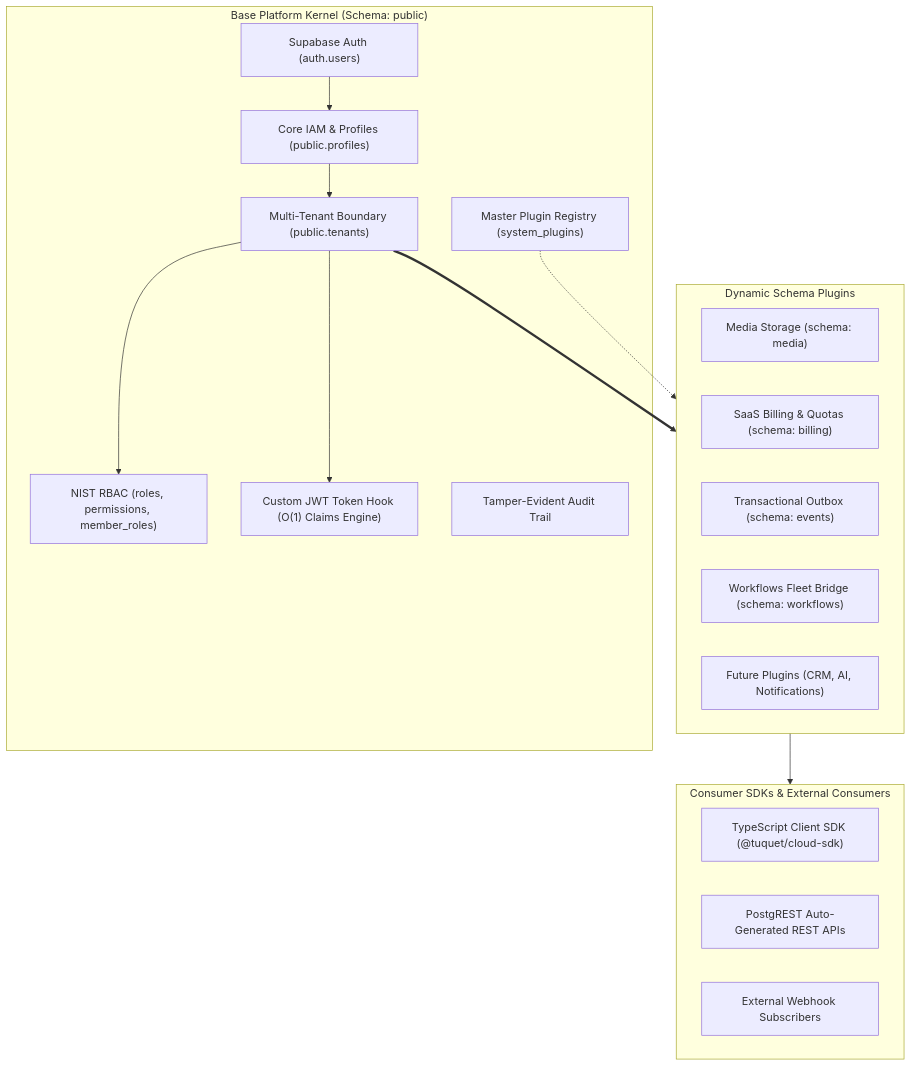
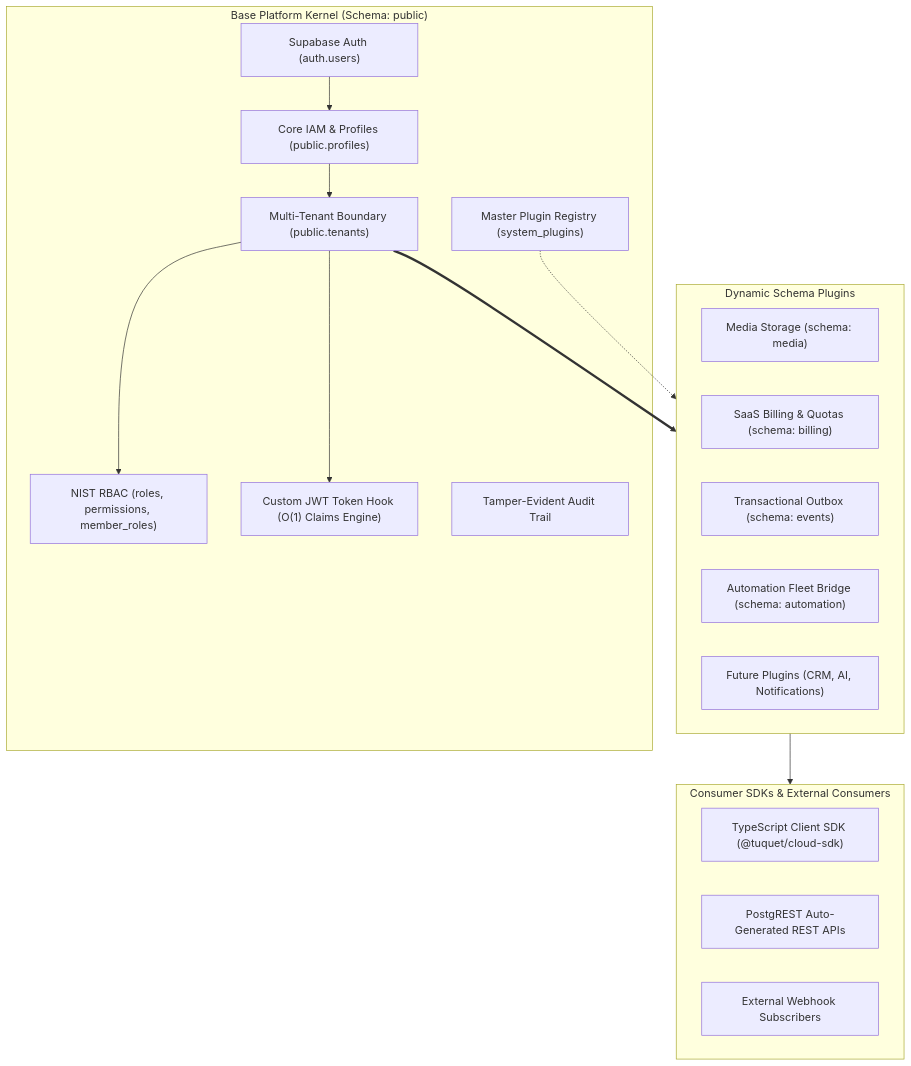
One commit to tuquet/cloud changed the diagram in ROADMAP.md. Above: the diagram before and after it, drawn with Mermaid. The commit also changed other lines of this file and 23 other files, not shown here.

Commit message:
refactor(cloud): standardize schema and plugin from workflows to automation

````diff
--- a/ROADMAP.md
+++ b/ROADMAP.md
@@ -10,32 +10,32 @@
 ```mermaid
 flowchart TD
     subgraph CORE["Base Platform Kernel (Schema: public)"]
         AUTH["Supabase Auth (auth.users)"]
         IAM["Core IAM & Profiles (public.profiles)"]
         TENANTS["Multi-Tenant Boundary (public.tenants)"]
         RBAC["NIST RBAC (roles, permissions, member_roles)"]
         JWT["Custom JWT Token Hook (O(1) Claims Engine)"]
         AUDIT["Tamper-Evident Audit Trail"]
         REGISTRY["Master Plugin Registry (system_plugins)"]
     end
 
     subgraph PLUGINS["Dynamic Schema Plugins"]
         MEDIA["Media Storage (schema: media)"]
         BILLING["SaaS Billing & Quotas (schema: billing)"]
         EVENTS["Transactional Outbox (schema: events)"]
-        WORKFLOWS["Workflows Fleet Bridge (schema: workflows)"]
+        AUTOMATION["Automation Fleet Bridge (schema: automation)"]
         CUSTOM["Future Plugins (CRM, AI, Notifications)"]
     end
 
     subgraph CLIENTS["Consumer SDKs & External Consumers"]
         TS_SDK["TypeScript Client SDK (@tuquet/cloud-sdk)"]
         REST["PostgREST Auto-Generated REST APIs"]
         WEBHOOKS["External Webhook Subscribers"]
     end
 
     AUTH --> IAM --> TENANTS --> RBAC
     TENANTS --> JWT
     TENANTS ==> PLUGINS
     REGISTRY -.-> PLUGINS
     PLUGINS --> CLIENTS
 ```
````
